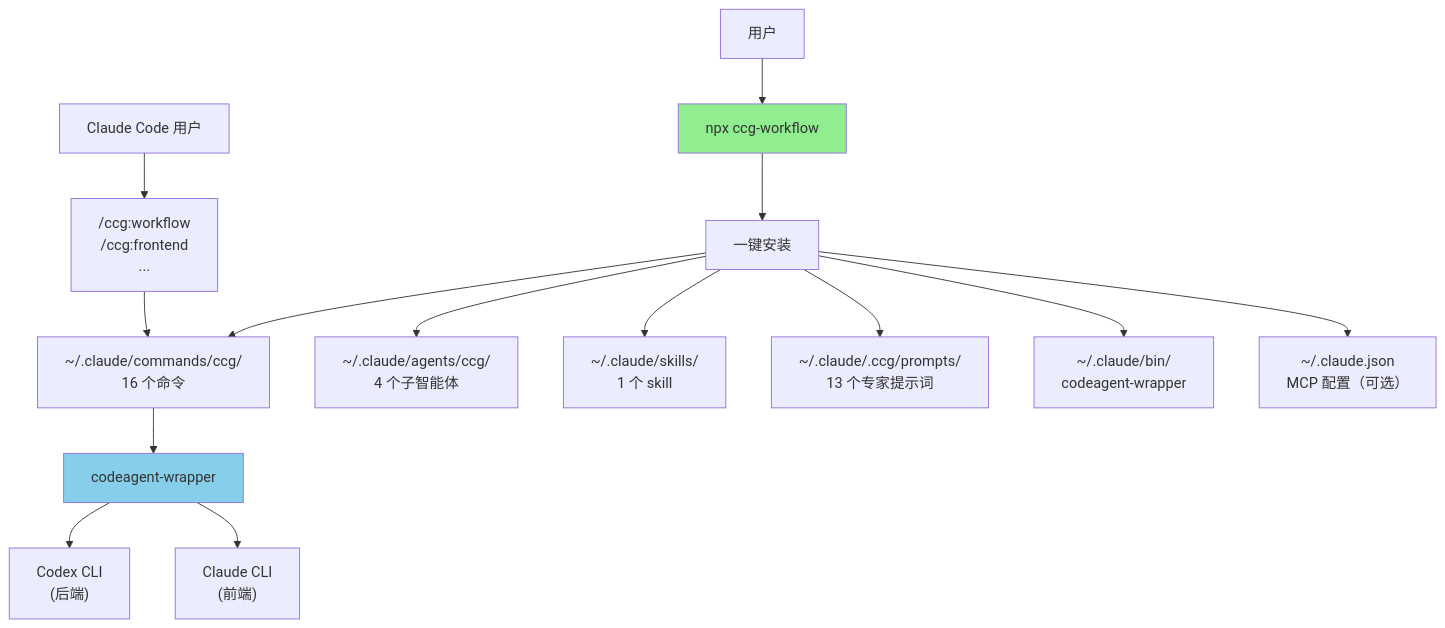
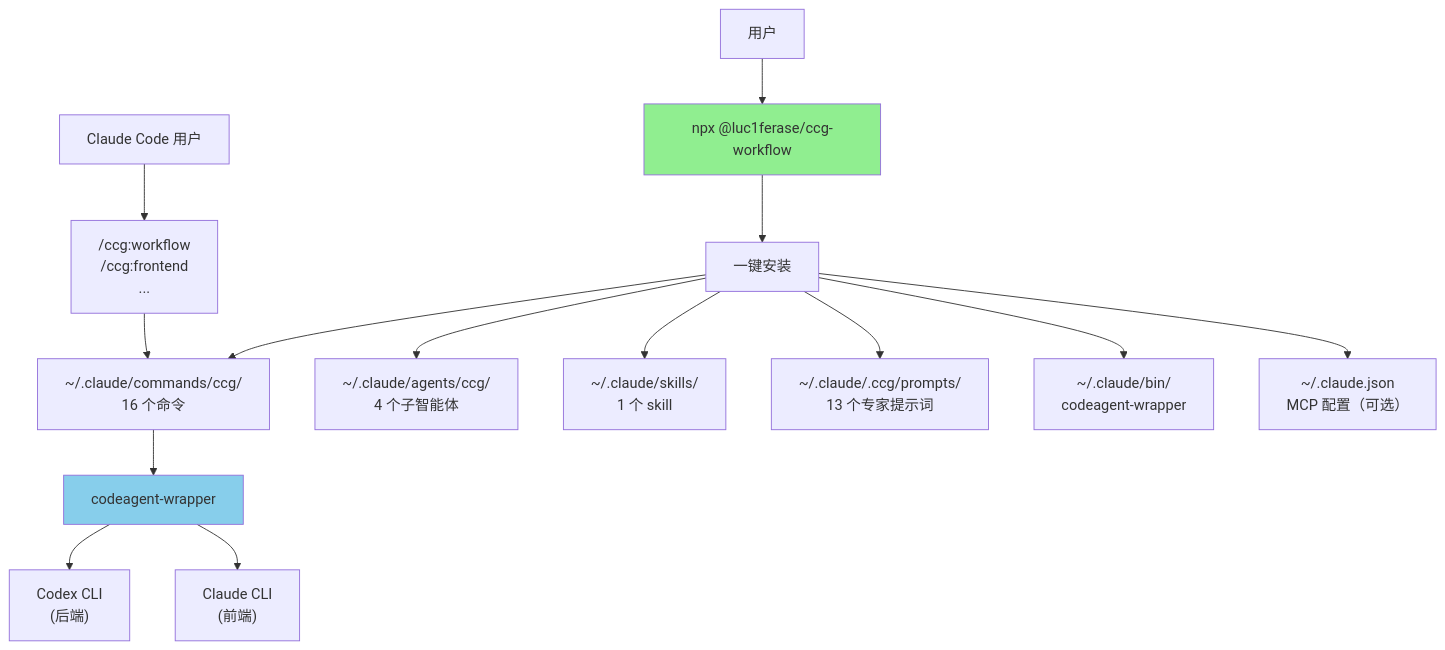
Before and after one commit to Luc1ferase/ccg-workflow: the diagram in CLAUDE.md, drawn with Mermaid. The commit also changed other lines of this file and 5 other files, not shown here.

````diff
--- a/CLAUDE.md
+++ b/CLAUDE.md
@@ -262,22 +262,22 @@
 ```mermaid
 graph TD
-    User["用户"] --> CLI["npx ccg-workflow"]
+    User["用户"] --> CLI["npx @luc1ferase/ccg-workflow"]
     CLI --> Init["一键安装"]
     
     Init --> Commands["~/.claude/commands/ccg/<br/>16 个命令"]
     Init --> Agents["~/.claude/agents/ccg/<br/>4 个子智能体"]
     Init --> Skills["~/.claude/skills/<br/>1 个 skill"]
     Init --> Prompts["~/.claude/.ccg/prompts/<br/>13 个专家提示词"]
     Init --> Binary["~/.claude/bin/<br/>codeagent-wrapper"]
     Init --> MCP["~/.claude.json<br/>MCP 配置（可选）"]
 
     User2["Claude Code 用户"] --> SlashCmd["/ccg:workflow<br/>/ccg:frontend<br/>..."]
     SlashCmd --> Commands
 
     Commands --> Wrapper["codeagent-wrapper"]
     Wrapper --> Codex["Codex CLI<br/>(后端)"]
     Wrapper --> ClaudeFrontend["Claude CLI<br/>(前端)"]
 
     style CLI fill:#90EE90
     style Wrapper fill:#87CEEB
 ```
````
